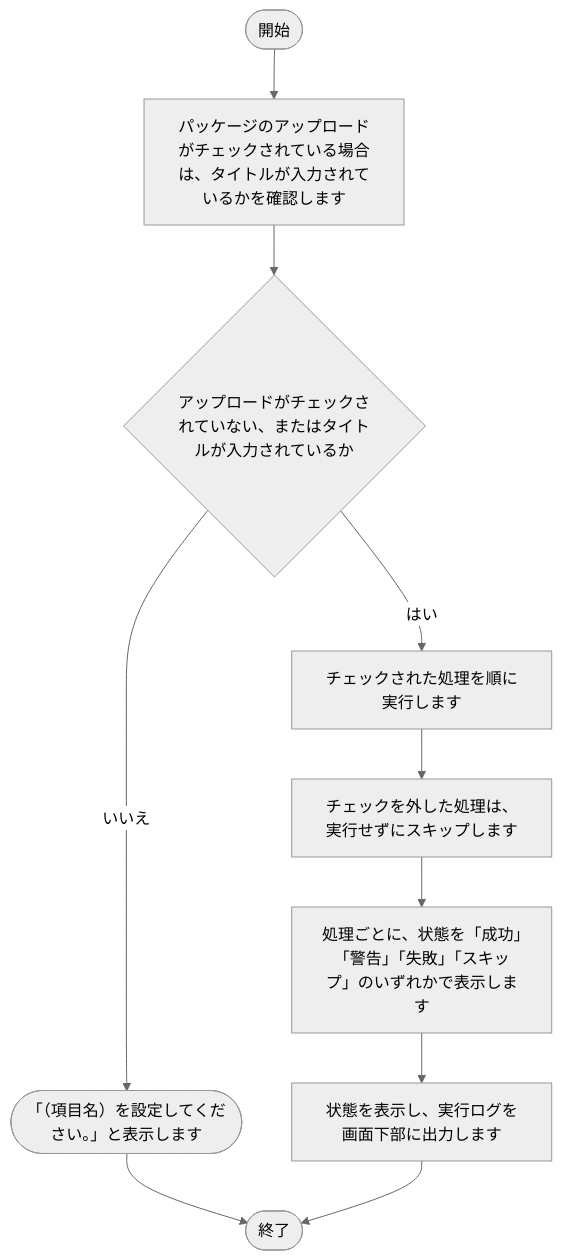
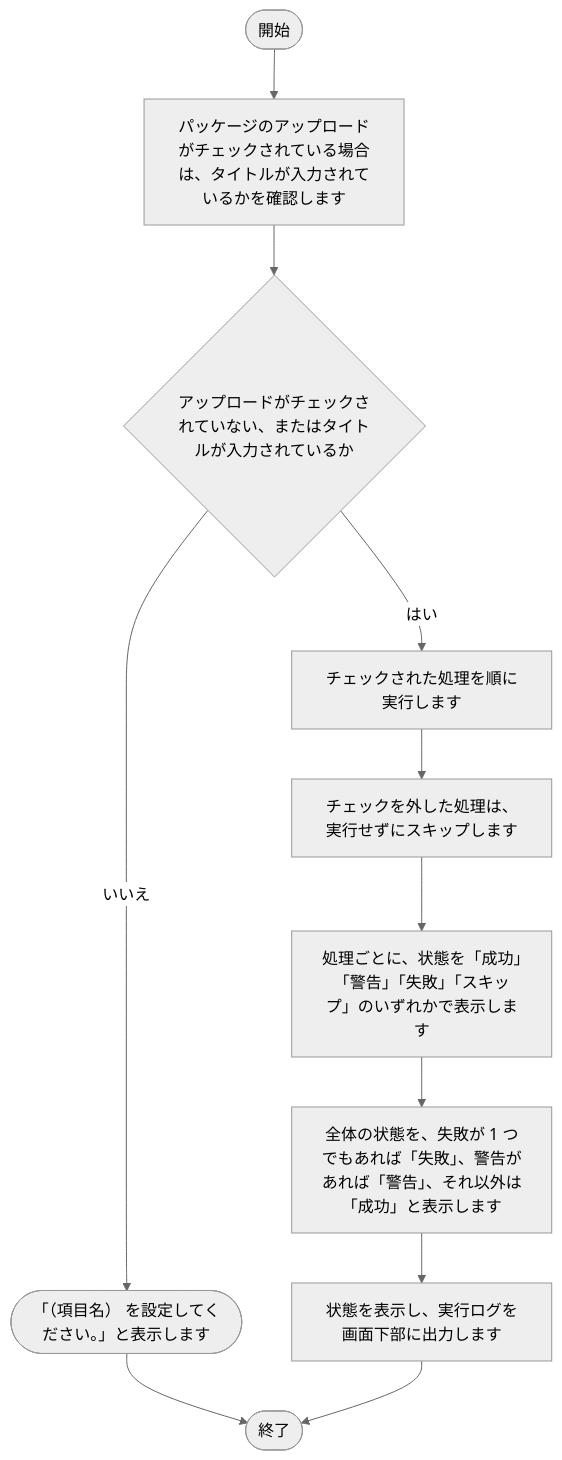
Before and after one commit to nishida2073/project_management: the first of 13 diagrams in tool/package-generator/doc/02_設計/処理フロー.md, drawn with Mermaid (neutral theme). The commit also changed other lines of this file and 4 other files, not shown here.

````diff
--- a/tool/package-generator/doc/02_設計/処理フロー.md
+++ b/tool/package-generator/doc/02_設計/処理フロー.md
@@ -36,21 +37,23 @@
 ```mermaid
 flowchart TD
     S(["開始"])
     E(["終了"])
     N1["パッケージのアップロードがチェックされている場合は、タイトルが入力されているかを確認します"]
     S --> N1
     N2{"アップロードがチェックされていない、またはタイトルが入力されているか"}
     N1 --> N2
-    X1(["「（項目名）を設定してください。」と表示します"])
+    X1(["「（項目名） を設定してください。」と表示します"])
     N2 -- はい --> N3
     N2 -- いいえ --> X1
     X1 --> E
     N3["チェックされた処理を順に実行します"]
     N4["チェックを外した処理は、実行せずにスキップします"]
     N3 --> N4
     N5["処理ごとに、状態を「成功」「警告」「失敗」「スキップ」のいずれかで表示します"]
     N4 --> N5
+    N5T["全体の状態を、失敗が 1 つでもあれば「失敗」、警告があれば「警告」、それ以外は「成功」と表示します"]
+    N5 --> N5T
     N6["状態を表示し、実行ログを画面下部に出力します"]
-    N5 --> N6
+    N5T --> N6
     N6 --> E
 ```
````
